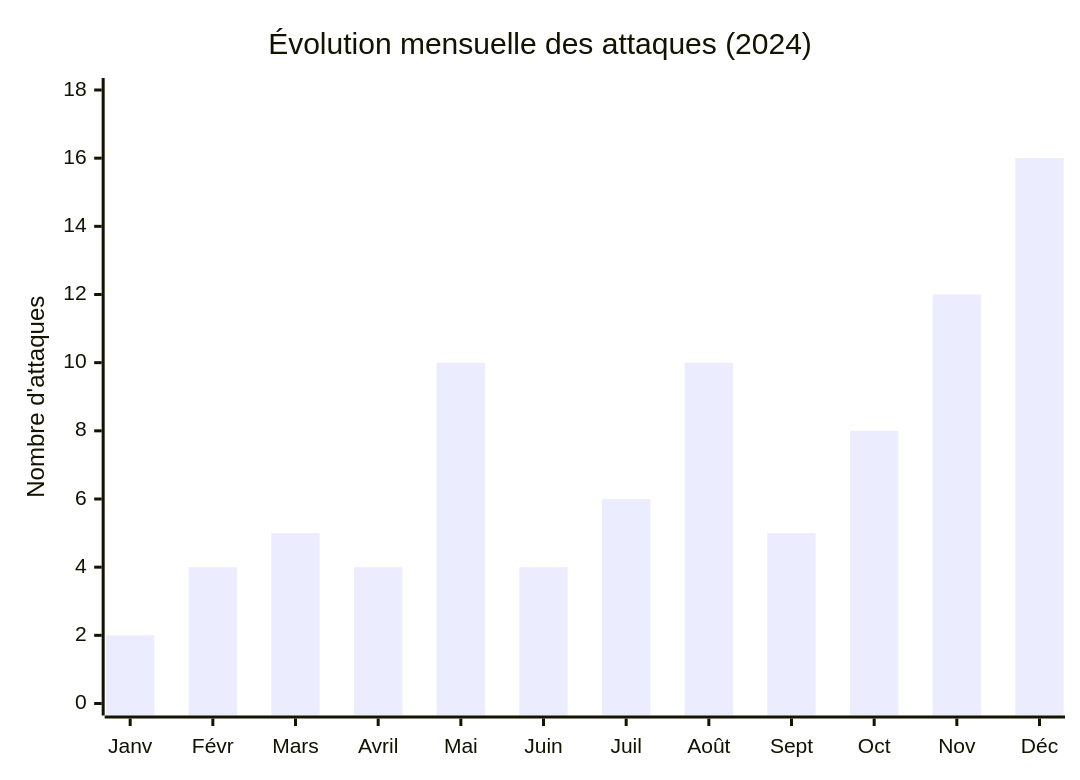
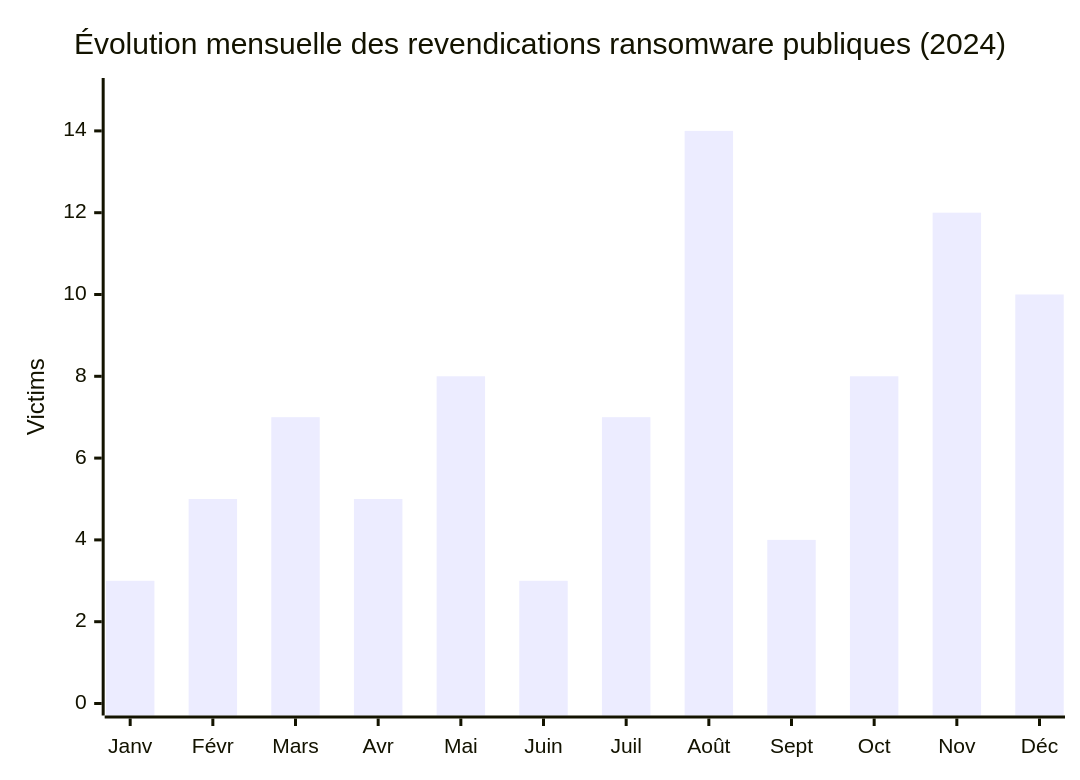
The fifth of 5 diagrams in CyberAttackAfrica/2024/README_FR.md (Hatchepsoute/AFRINTEL), drawn with Mermaid before and after one commit. The commit also changed other lines of this file and 3 other files, not shown here.

````diff
--- a/CyberAttackAfrica/2024/README_FR.md
+++ b/CyberAttackAfrica/2024/README_FR.md
@@ -230,7 +247,7 @@
 ```mermaid
 xychart-beta
-    title "Évolution mensuelle des attaques (2024)"
-    x-axis ["Janv", "Févr", "Mars", "Avril", "Mai", "Juin", "Juil", "Août", "Sept", "Oct", "Nov", "Déc"]
-    y-axis "Nombre d'attaques" 0 --> 18
-    bar [2, 4, 5, 4, 10, 4, 6, 10, 5, 8, 12, 16]
+    title "Évolution mensuelle des revendications ransomware publiques (2024)"
+    x-axis ["Janv", "Févr", "Mars", "Avr", "Mai", "Juin", "Juil", "Août", "Sept", "Oct", "Nov", "Déc"]
+    y-axis "Victims" 0 --> 15
+    bar [3, 5, 7, 5, 8, 3, 7, 14, 4, 8, 12, 10]
 ```
````
